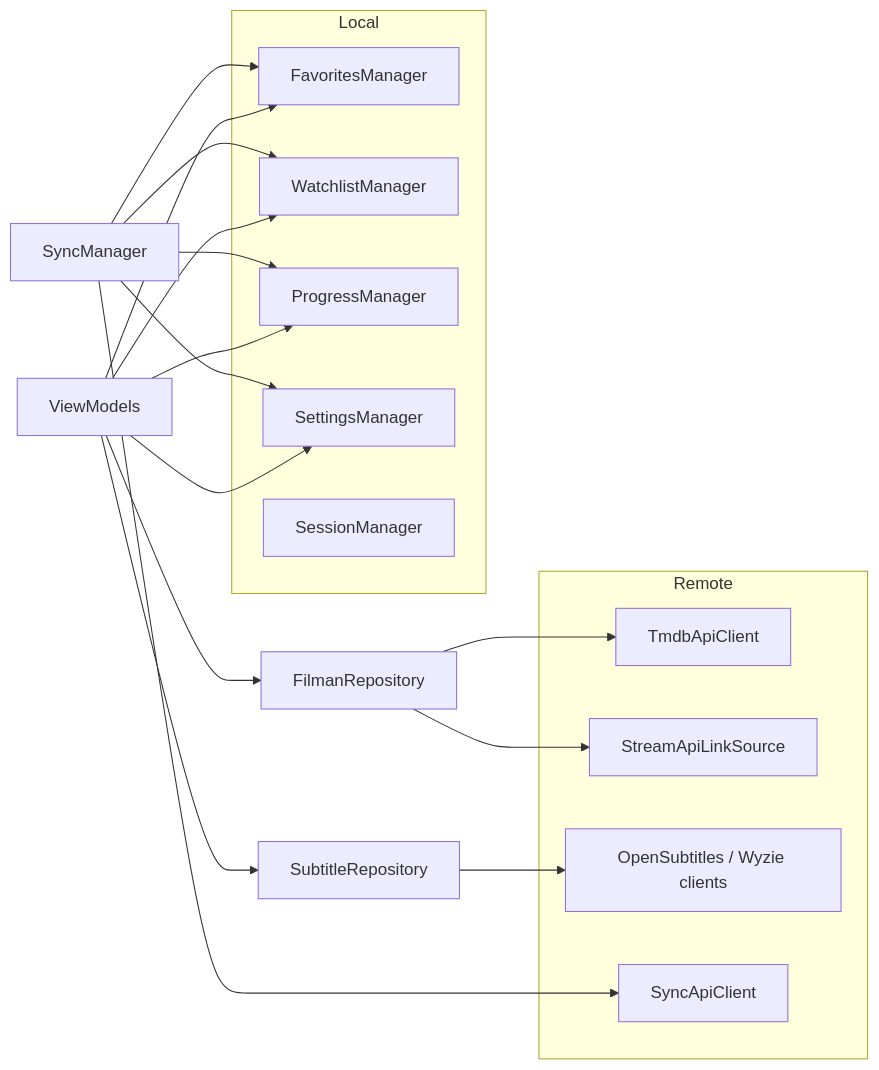
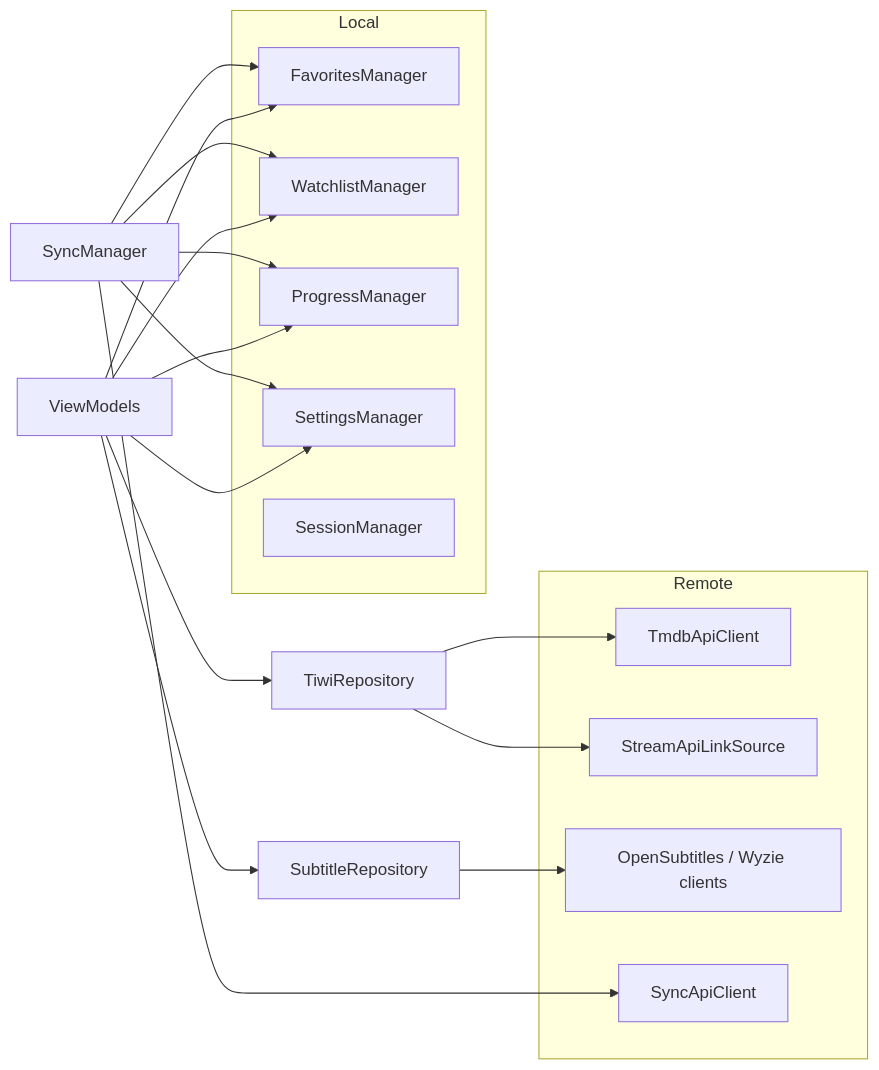
The third of 3 diagrams in docs/ARCHITECTURE.md (pChochura/Filman.cc), drawn with Mermaid before and after one commit. The commit also changed other lines of this file and 177 other files, not shown here.

First line of the commit message:
refactor: rename references from Filman to Tiwi across Android and Web apps

````diff
--- a/docs/ARCHITECTURE.md
+++ b/docs/ARCHITECTURE.md
@@ -339,22 +339,22 @@
 ```mermaid
 graph LR
     subgraph Remote
         TMDB[TmdbApiClient]
         Stream[StreamApiLinkSource]
         Subs[OpenSubtitles / Wyzie clients]
         SyncApi[SyncApiClient]
     end
     subgraph Local
         Fav[FavoritesManager]
         WL[WatchlistManager]
         Prog[ProgressManager]
         Set[SettingsManager]
         Sess[SessionManager]
     end
-    Repo[FilmanRepository] --> TMDB
+    Repo[TiwiRepository] --> TMDB
     Repo --> Stream
     SubRepo[SubtitleRepository] --> Subs
     Sync[SyncManager] --> SyncApi
     Sync --> Fav & WL & Prog & Set
     VM[ViewModels] --> Repo & SubRepo & Fav & WL & Prog & Set
 ```
````
